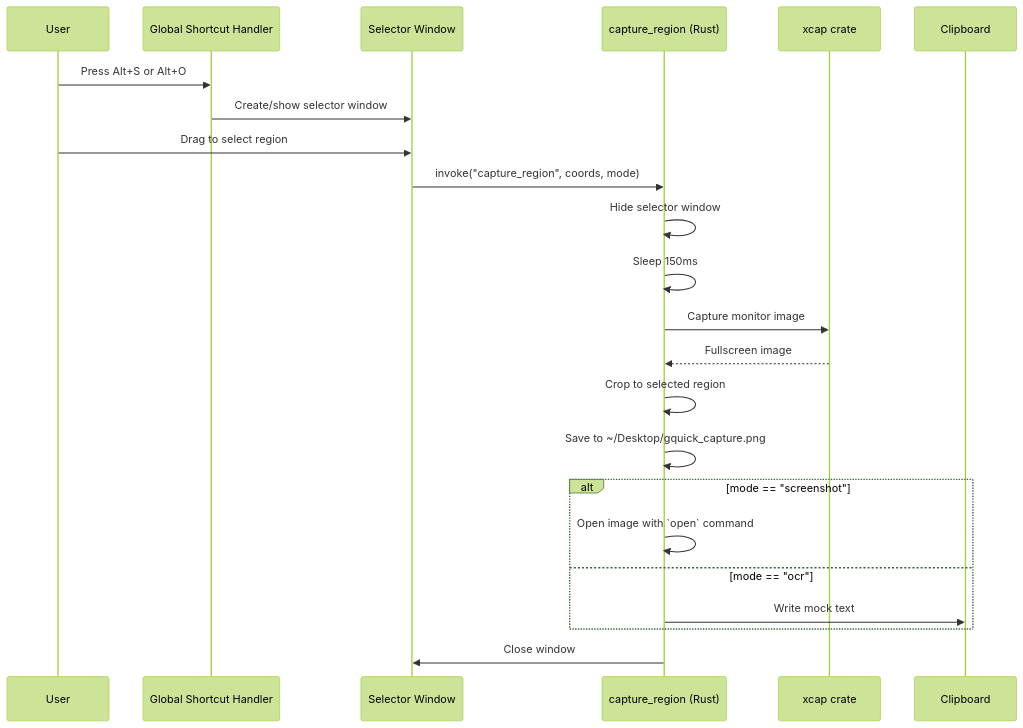
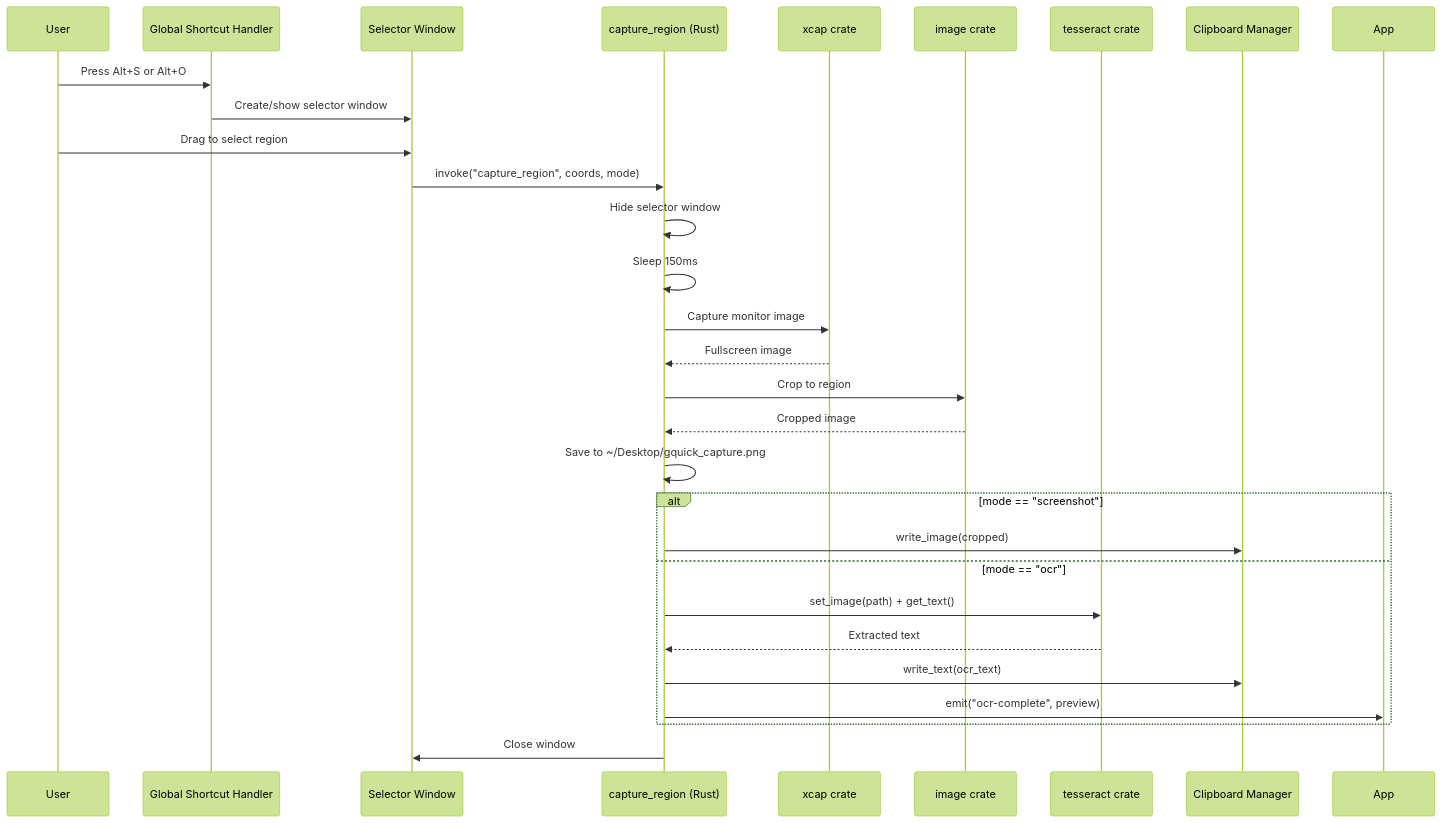
Before and after one commit to RickyDane/gquick: the fourth of 7 diagrams in arch/components/relationships.md, drawn with Mermaid (forest theme). The commit also changed other lines of this file and 39 other files, not shown here.

````diff
--- a/arch/components/relationships.md
+++ b/arch/components/relationships.md
@@ -100,28 +159,34 @@
 ```mermaid
 sequenceDiagram
     participant User
     participant Shortcut as Global Shortcut Handler
     participant Selector as Selector Window
     participant Rust as capture_region (Rust)
     participant xcap as xcap crate
-    participant Clipboard as Clipboard
+    participant Image as image crate
+    participant Tesseract as tesseract crate
+    participant Clipboard as Clipboard Manager
 
     User->>Shortcut: Press Alt+S or Alt+O
     Shortcut->>Selector: Create/show selector window
     User->>Selector: Drag to select region
     Selector->>Rust: invoke("capture_region", coords, mode)
     Rust->>Rust: Hide selector window
     Rust->>Rust: Sleep 150ms
     Rust->>xcap: Capture monitor image
     xcap-->>Rust: Fullscreen image
-    Rust->>Rust: Crop to selected region
+    Rust->>Image: Crop to region
+    Image-->>Rust: Cropped image
     Rust->>Rust: Save to ~/Desktop/gquick_capture.png
 
     alt mode == "screenshot"
-        Rust->>Rust: Open image with `open` command
+        Rust->>Clipboard: write_image(cropped)
     else mode == "ocr"
-        Rust->>Clipboard: Write mock text
+        Rust->>Tesseract: set_image(path) + get_text()
+        Tesseract-->>Rust: Extracted text
+        Rust->>Clipboard: write_text(ocr_text)
+        Rust->>App: emit("ocr-complete", preview)
     end
 
     Rust->>Selector: Close window
 ```
````
